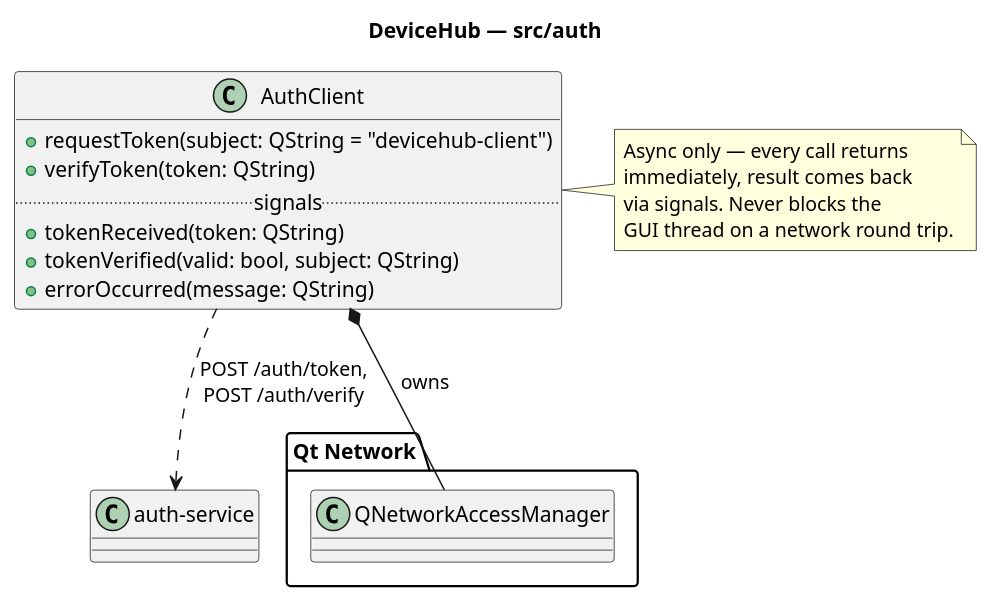
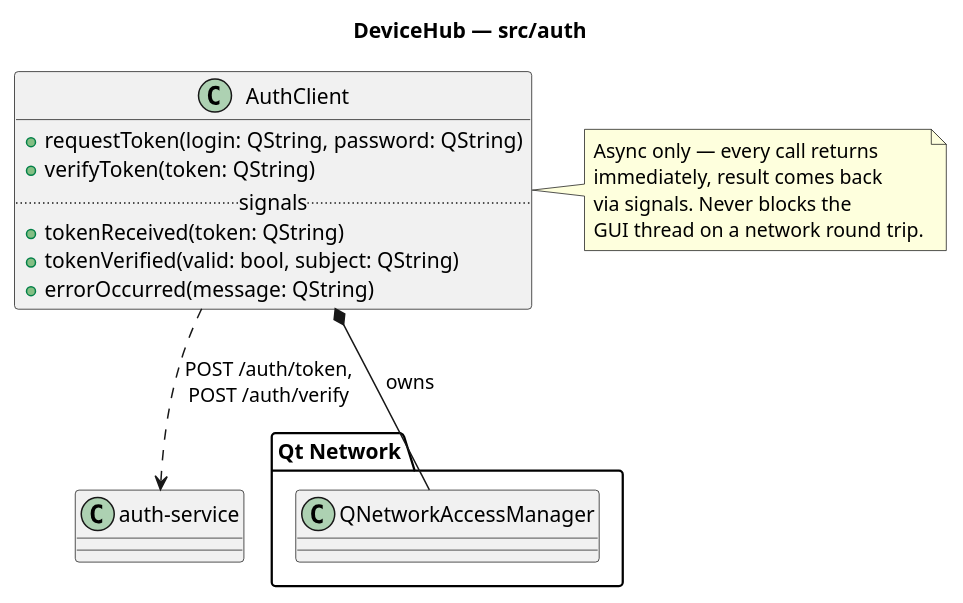
Before and after one commit to NekrasovIS/Exp: the diagram in docs/diagrams/auth.puml, drawn with PlantUML. The commit also changed 31 other files, not shown here.

```diff
--- a/docs/diagrams/auth.puml
+++ b/docs/diagrams/auth.puml
@@ -1,26 +1,26 @@
 @startuml auth
 title DeviceHub — src/auth
 
 package "Qt Network" {
   class QNetworkAccessManager
 }
 
 class AuthClient {
-  +requestToken(subject: QString = "devicehub-client")
+  +requestToken(login: QString, password: QString)
   +verifyToken(token: QString)
   .. signals ..
   +tokenReceived(token: QString)
   +tokenVerified(valid: bool, subject: QString)
   +errorOccurred(message: QString)
 }
 AuthClient *-- QNetworkAccessManager : owns
 AuthClient ..> "auth-service" : POST /auth/token,\nPOST /auth/verify
 
 note right of AuthClient
   Async only — every call returns
   immediately, result comes back
   via signals. Never blocks the
   GUI thread on a network round trip.
 end note
 
 @enduml
```
